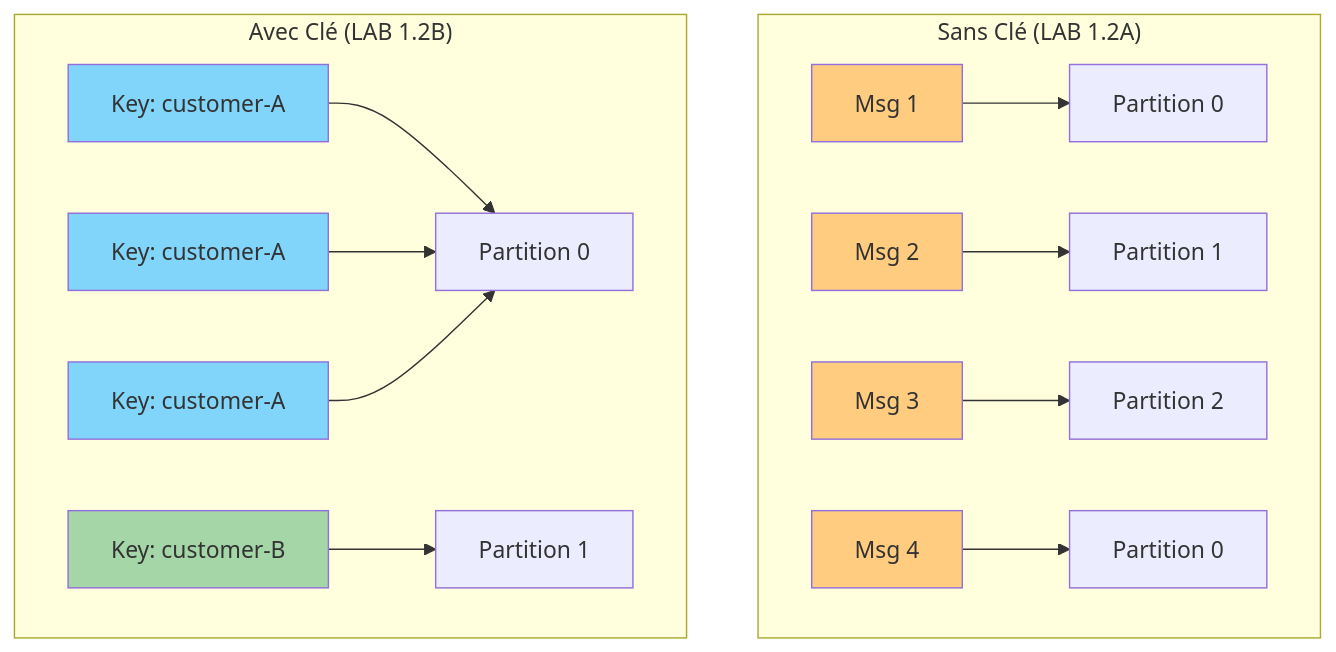
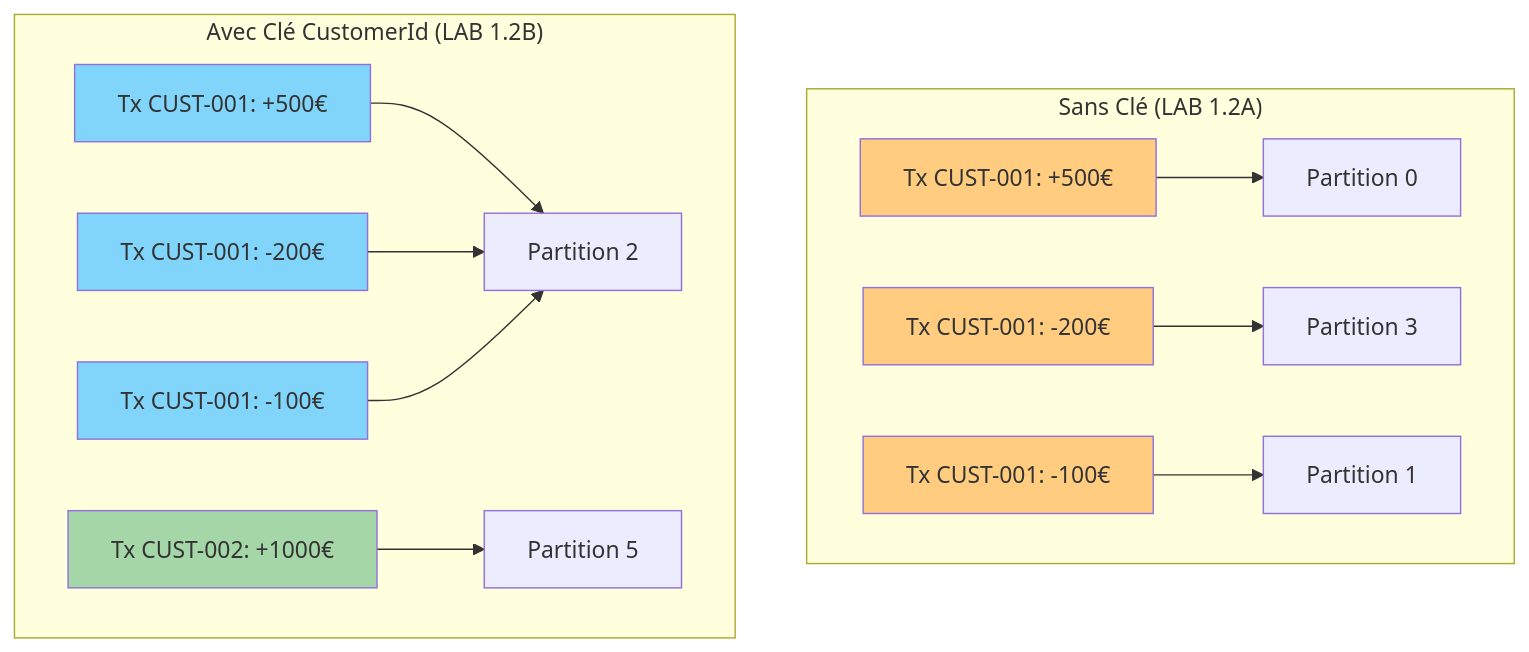
One commit to msellamiTN/formation--kafka-dotnet changed the first of 2 diagrams in day-01-foundations/module-02-producer/lab-1.2b-producer-keyed/README.md. Above: the diagram before and after it, drawn with Mermaid. The commit also changed other lines of this file and 8 other files, not shown here.

````diff
--- a/day-01-foundations/module-02-producer/lab-1.2b-producer-keyed/README.md
+++ b/day-01-foundations/module-02-producer/lab-1.2b-producer-keyed/README.md
@@ -11,25 +9,23 @@
 ```mermaid
 flowchart TB
     subgraph "Sans Clé (LAB 1.2A)"
-        A1["Msg 1"] --> P1["Partition 0"]
-        A2["Msg 2"] --> P2["Partition 1"]
-        A3["Msg 3"] --> P3["Partition 2"]
-        A4["Msg 4"] --> P4["Partition 0"]
+        A1["Tx CUST-001: +500€"] --> P1["Partition 0"]
+        A2["Tx CUST-001: -200€"] --> P2["Partition 3"]
+        A3["Tx CUST-001: -100€"] --> P3["Partition 1"]
     end
-    
-    subgraph "Avec Clé (LAB 1.2B)"
-        B1["Key: customer-A"] --> Q1["Partition 0"]
-        B2["Key: customer-A"] --> Q1
-        B3["Key: customer-A"] --> Q1
-        B4["Key: customer-B"] --> Q2["Partition 1"]
+
+    subgraph "Avec Clé CustomerId (LAB 1.2B)"
+        B1["Tx CUST-001: +500€"] --> Q1["Partition 2"]
+        B2["Tx CUST-001: -200€"] --> Q1
+        B3["Tx CUST-001: -100€"] --> Q1
+        B4["Tx CUST-002: +1000€"] --> Q2["Partition 5"]
     end
-    
+
     style A1 fill:#ffcc80
     style A2 fill:#ffcc80
     style A3 fill:#ffcc80
-    style A4 fill:#ffcc80
     style B1 fill:#81d4fa
     style B2 fill:#81d4fa
     style B3 fill:#81d4fa
     style B4 fill:#a5d6a7
 ```
````
